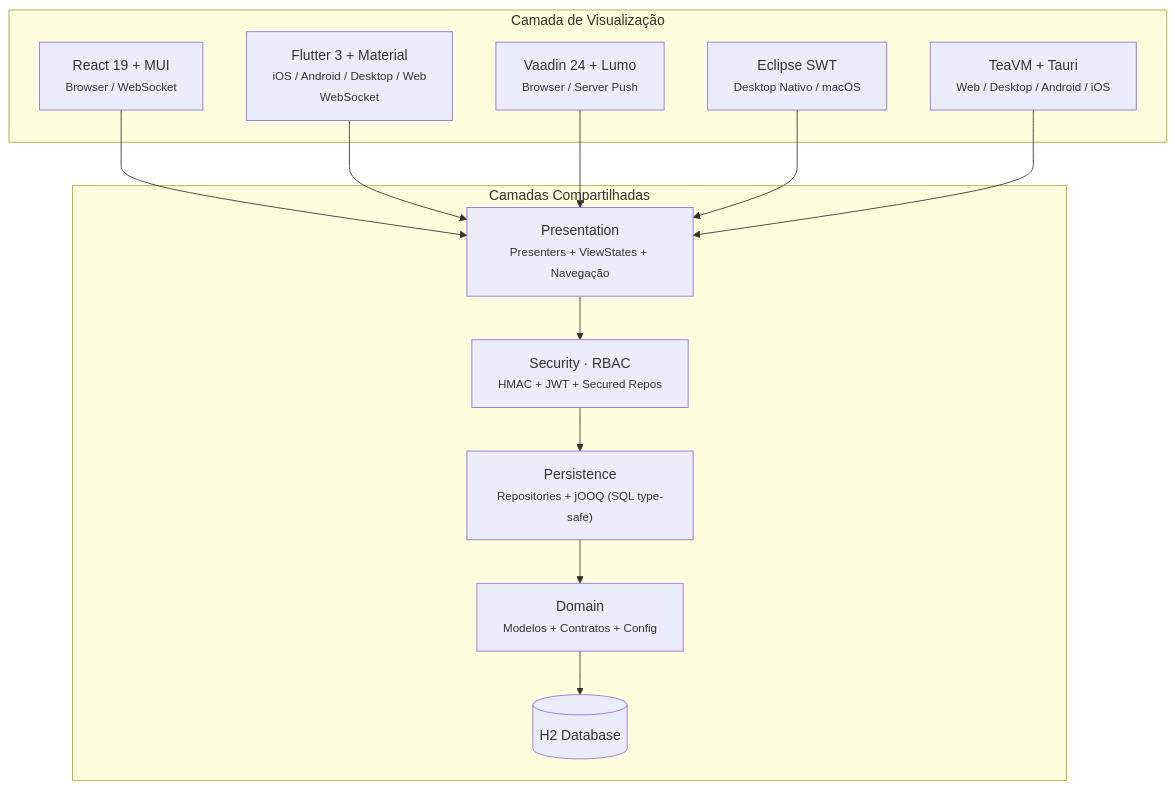
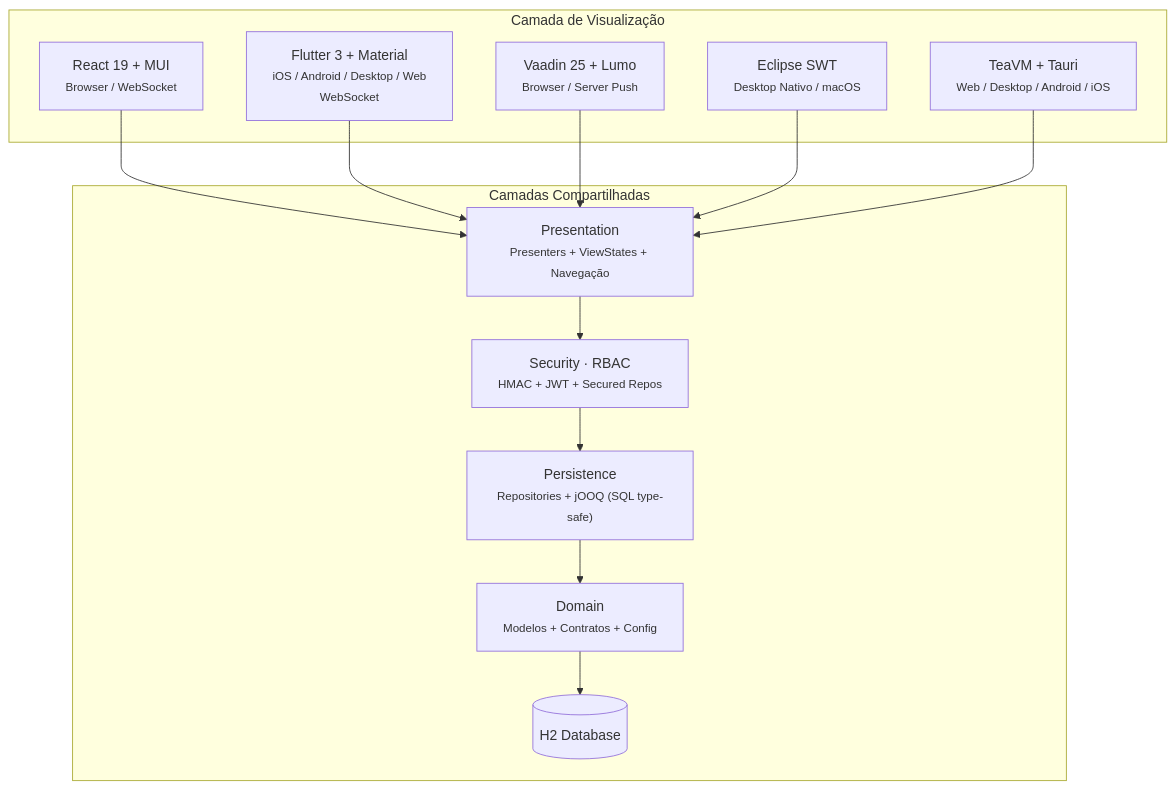
The first of 3 diagrams in README.md (mrcdom/wdc-cube-java-v2), drawn with Mermaid before and after one commit. The commit also changed other lines of this file and 13 other files, not shown here.

````diff
--- a/README.md
+++ b/README.md
@@ -13,25 +13,25 @@
 ```mermaid
 graph TD
     subgraph Views["Camada de Visualização"]
         R["React 19 + MUI<br/><small>Browser / WebSocket</small>"]
         FL["Flutter 3 + Material<br/><small>iOS / Android / Desktop / Web<br/>WebSocket</small>"]
-        V["Vaadin 24 + Lumo<br/><small>Browser / Server Push</small>"]
+        V["Vaadin 25 + Lumo<br/><small>Browser / Server Push</small>"]
         SW["Eclipse SWT<br/><small>Desktop Nativo / macOS</small>"]
         TVM["TeaVM + Tauri<br/><small>Web / Desktop / Android / iOS</small>"]
     end
 
     subgraph Core["Camadas Compartilhadas"]
         P["Presentation<br/><small>Presenters + ViewStates + Navegação</small>"]
         SEC["Security · RBAC<br/><small>HMAC + JWT + Secured Repos</small>"]
         PER["Persistence<br/><small>Repositories + jOOQ (SQL type-safe)</small>"]
         DOM["Domain<br/><small>Modelos + Contratos + Config</small>"]
         DB[("H2 Database")]
     end
 
     R --> P
     FL --> P
     V --> P
     SW --> P
     TVM --> P
     P --> SEC --> PER --> DOM --> DB
 ```
````
